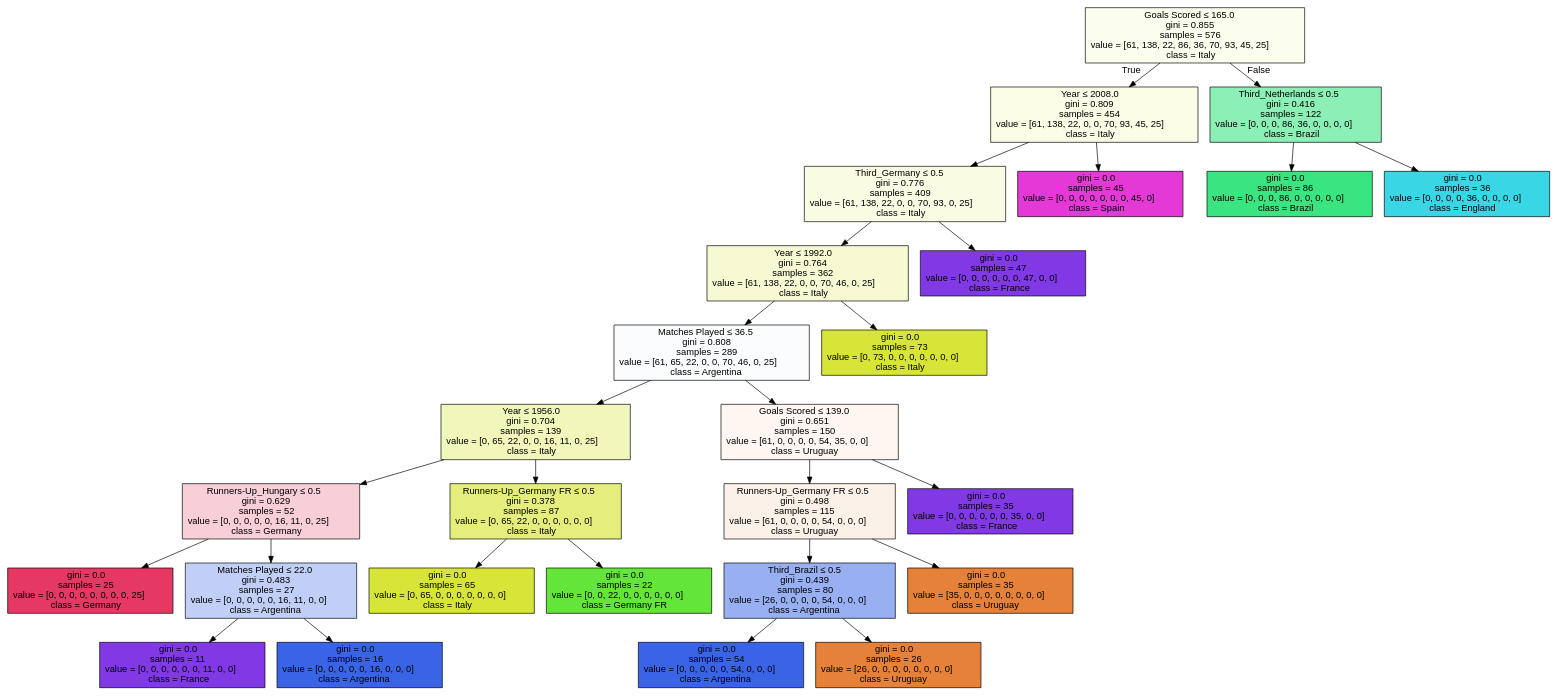
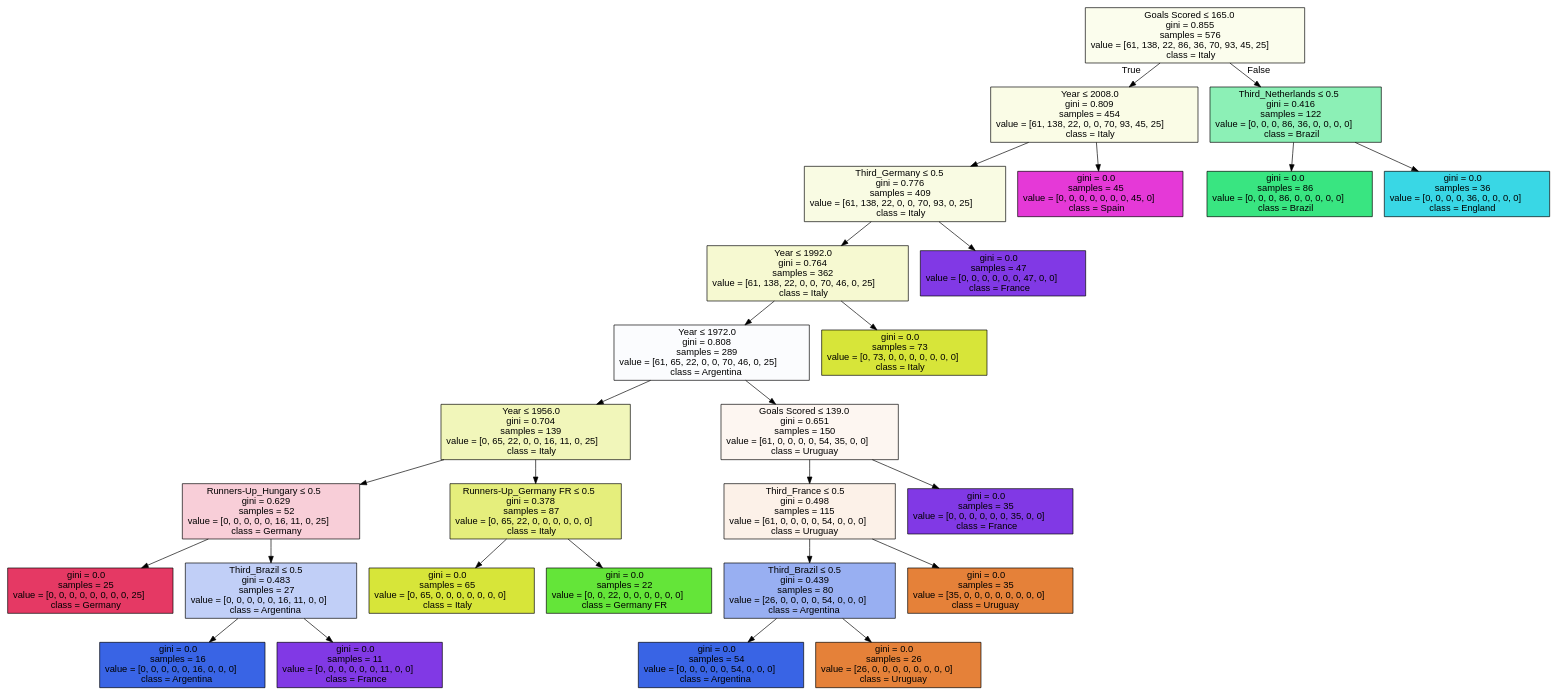
The diagram in world_cup.dot (juanandresc-jarp/MachineLearningProject), drawn with Graphviz before and after one commit. The commit also changed 2 other files, not shown here.

```diff
--- a/world_cup.dot
+++ b/world_cup.dot
@@ -1,57 +1,57 @@
 digraph Tree {
 node [shape=box, style="filled", color="black", fontname="helvetica"] ;
 edge [fontname="helvetica"] ;
 0 [label=<Goals Scored &le; 165.0<br/>gini = 0.855<br/>samples = 576<br/>value = [61, 138, 22, 86, 36, 70, 93, 45, 25]<br/>class = Italy>, fillcolor="#fbfded"] ;
 1 [label=<Year &le; 2008.0<br/>gini = 0.809<br/>samples = 454<br/>value = [61, 138, 22, 0, 0, 70, 93, 45, 25]<br/>class = Italy>, fillcolor="#fafce6"] ;
 0 -> 1 [labeldistance=2.5, labelangle=45, headlabel="True"] ;
 2 [label=<Third_Germany &le; 0.5<br/>gini = 0.776<br/>samples = 409<br/>value = [61, 138, 22, 0, 0, 70, 93, 0, 25]<br/>class = Italy>, fillcolor="#f9fbe3"] ;
 1 -> 2 ;
 3 [label=<Year &le; 1992.0<br/>gini = 0.764<br/>samples = 362<br/>value = [61, 138, 22, 0, 0, 70, 46, 0, 25]<br/>class = Italy>, fillcolor="#f6f9d1"] ;
 2 -> 3 ;
-4 [label=<Matches Played &le; 36.5<br/>gini = 0.808<br/>samples = 289<br/>value = [61, 65, 22, 0, 0, 70, 46, 0, 25]<br/>class = Argentina>, fillcolor="#fbfcfe"] ;
+4 [label=<Year &le; 1972.0<br/>gini = 0.808<br/>samples = 289<br/>value = [61, 65, 22, 0, 0, 70, 46, 0, 25]<br/>class = Argentina>, fillcolor="#fbfcfe"] ;
 3 -> 4 ;
 5 [label=<Year &le; 1956.0<br/>gini = 0.704<br/>samples = 139<br/>value = [0, 65, 22, 0, 0, 16, 11, 0, 25]<br/>class = Italy>, fillcolor="#f1f6ba"] ;
 4 -> 5 ;
 6 [label=<Runners-Up_Hungary &le; 0.5<br/>gini = 0.629<br/>samples = 52<br/>value = [0, 0, 0, 0, 0, 16, 11, 0, 25]<br/>class = Germany>, fillcolor="#f8ced8"] ;
 5 -> 6 ;
 7 [label=<gini = 0.0<br/>samples = 25<br/>value = [0, 0, 0, 0, 0, 0, 0, 0, 25]<br/>class = Germany>, fillcolor="#e53964"] ;
 6 -> 7 ;
-8 [label=<Matches Played &le; 22.0<br/>gini = 0.483<br/>samples = 27<br/>value = [0, 0, 0, 0, 0, 16, 11, 0, 0]<br/>class = Argentina>, fillcolor="#c1cff7"] ;
+8 [label=<Third_Brazil &le; 0.5<br/>gini = 0.483<br/>samples = 27<br/>value = [0, 0, 0, 0, 0, 16, 11, 0, 0]<br/>class = Argentina>, fillcolor="#c1cff7"] ;
 6 -> 8 ;
-9 [label=<gini = 0.0<br/>samples = 11<br/>value = [0, 0, 0, 0, 0, 0, 11, 0, 0]<br/>class = France>, fillcolor="#8139e5"] ;
+9 [label=<gini = 0.0<br/>samples = 16<br/>value = [0, 0, 0, 0, 0, 16, 0, 0, 0]<br/>class = Argentina>, fillcolor="#3964e5"] ;
 8 -> 9 ;
-10 [label=<gini = 0.0<br/>samples = 16<br/>value = [0, 0, 0, 0, 0, 16, 0, 0, 0]<br/>class = Argentina>, fillcolor="#3964e5"] ;
+10 [label=<gini = 0.0<br/>samples = 11<br/>value = [0, 0, 0, 0, 0, 0, 11, 0, 0]<br/>class = France>, fillcolor="#8139e5"] ;
 8 -> 10 ;
 11 [label=<Runners-Up_Germany FR &le; 0.5<br/>gini = 0.378<br/>samples = 87<br/>value = [0, 65, 22, 0, 0, 0, 0, 0, 0]<br/>class = Italy>, fillcolor="#e5ee7c"] ;
 5 -> 11 ;
 12 [label=<gini = 0.0<br/>samples = 65<br/>value = [0, 65, 0, 0, 0, 0, 0, 0, 0]<br/>class = Italy>, fillcolor="#d7e539"] ;
 11 -> 12 ;
 13 [label=<gini = 0.0<br/>samples = 22<br/>value = [0, 0, 22, 0, 0, 0, 0, 0, 0]<br/>class = Germany FR>, fillcolor="#64e539"] ;
 11 -> 13 ;
 14 [label=<Goals Scored &le; 139.0<br/>gini = 0.651<br/>samples = 150<br/>value = [61, 0, 0, 0, 0, 54, 35, 0, 0]<br/>class = Uruguay>, fillcolor="#fdf6f1"] ;
 4 -> 14 ;
-15 [label=<Runners-Up_Germany FR &le; 0.5<br/>gini = 0.498<br/>samples = 115<br/>value = [61, 0, 0, 0, 0, 54, 0, 0, 0]<br/>class = Uruguay>, fillcolor="#fcf1e8"] ;
+15 [label=<Third_France &le; 0.5<br/>gini = 0.498<br/>samples = 115<br/>value = [61, 0, 0, 0, 0, 54, 0, 0, 0]<br/>class = Uruguay>, fillcolor="#fcf1e8"] ;
 14 -> 15 ;
 16 [label=<Third_Brazil &le; 0.5<br/>gini = 0.439<br/>samples = 80<br/>value = [26, 0, 0, 0, 0, 54, 0, 0, 0]<br/>class = Argentina>, fillcolor="#98aff2"] ;
 15 -> 16 ;
 17 [label=<gini = 0.0<br/>samples = 54<br/>value = [0, 0, 0, 0, 0, 54, 0, 0, 0]<br/>class = Argentina>, fillcolor="#3964e5"] ;
 16 -> 17 ;
 18 [label=<gini = 0.0<br/>samples = 26<br/>value = [26, 0, 0, 0, 0, 0, 0, 0, 0]<br/>class = Uruguay>, fillcolor="#e58139"] ;
 16 -> 18 ;
 19 [label=<gini = 0.0<br/>samples = 35<br/>value = [35, 0, 0, 0, 0, 0, 0, 0, 0]<br/>class = Uruguay>, fillcolor="#e58139"] ;
 15 -> 19 ;
 20 [label=<gini = 0.0<br/>samples = 35<br/>value = [0, 0, 0, 0, 0, 0, 35, 0, 0]<br/>class = France>, fillcolor="#8139e5"] ;
 14 -> 20 ;
 21 [label=<gini = 0.0<br/>samples = 73<br/>value = [0, 73, 0, 0, 0, 0, 0, 0, 0]<br/>class = Italy>, fillcolor="#d7e539"] ;
 3 -> 21 ;
 22 [label=<gini = 0.0<br/>samples = 47<br/>value = [0, 0, 0, 0, 0, 0, 47, 0, 0]<br/>class = France>, fillcolor="#8139e5"] ;
 2 -> 22 ;
 23 [label=<gini = 0.0<br/>samples = 45<br/>value = [0, 0, 0, 0, 0, 0, 0, 45, 0]<br/>class = Spain>, fillcolor="#e539d7"] ;
 1 -> 23 ;
 24 [label=<Third_Netherlands &le; 0.5<br/>gini = 0.416<br/>samples = 122<br/>value = [0, 0, 0, 86, 36, 0, 0, 0, 0]<br/>class = Brazil>, fillcolor="#8cf0b6"] ;
 0 -> 24 [labeldistance=2.5, labelangle=-45, headlabel="False"] ;
 25 [label=<gini = 0.0<br/>samples = 86<br/>value = [0, 0, 0, 86, 0, 0, 0, 0, 0]<br/>class = Brazil>, fillcolor="#39e581"] ;
 24 -> 25 ;
 26 [label=<gini = 0.0<br/>samples = 36<br/>value = [0, 0, 0, 0, 36, 0, 0, 0, 0]<br/>class = England>, fillcolor="#39d7e5"] ;
 24 -> 26 ;
 }
```
